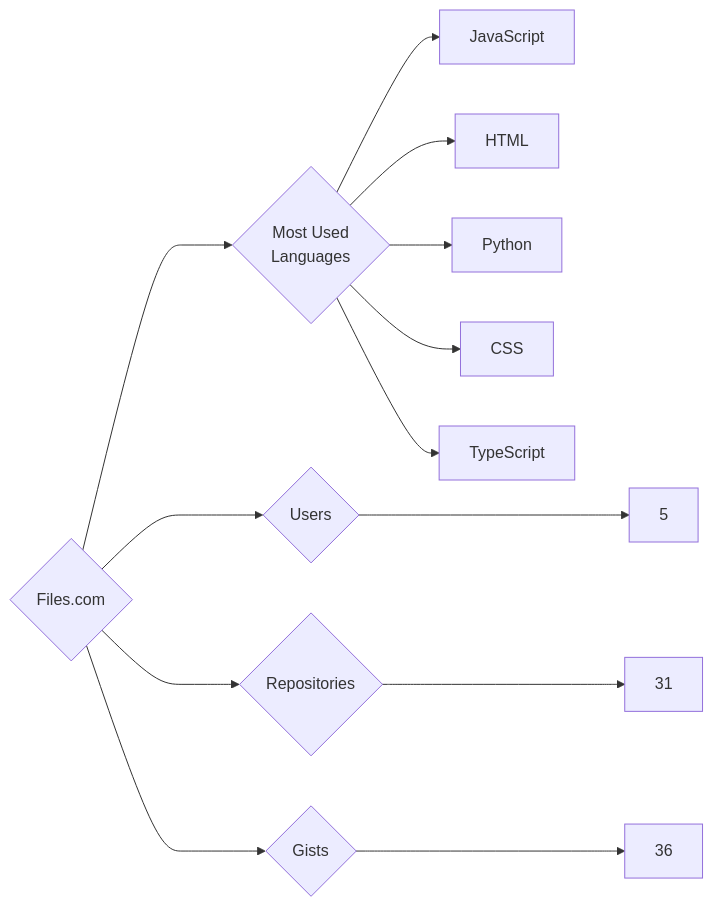
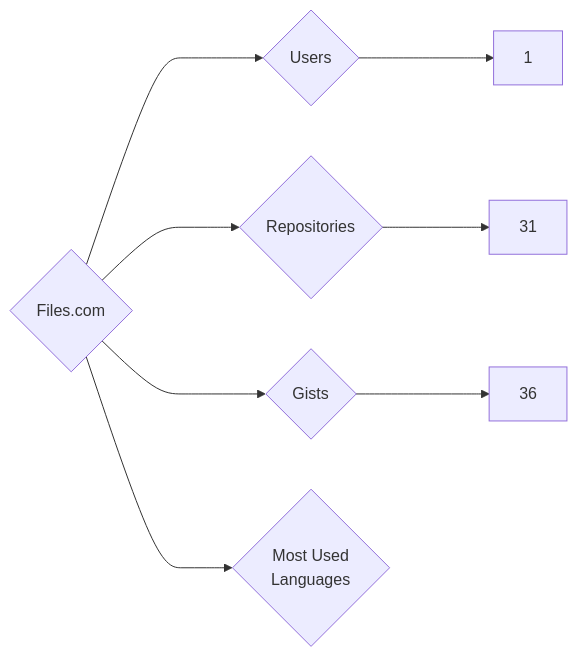
The diagram in targets/Files.com/README.md (trickest/insiders), drawn with Mermaid before and after one commit. The commit also changed 944 other files, not shown here.

````diff
--- a/targets/Files.com/README.md
+++ b/targets/Files.com/README.md
@@ -3,13 +3,8 @@
 ```mermaid
 graph LR
 COMPANY_NAME{Files.com}
-COMPANY_NAME ---> U{Users} ---> UN[5]
+COMPANY_NAME ---> U{Users} ---> UN[1]
 COMPANY_NAME ---> R{Repositories} ---> RN[31]
 COMPANY_NAME ---> G{Gists} ---> GN[36]
 COMPANY_NAME ---> ML{Most Used<br>Languages}
-ML --> JavaScript[JavaScript]
-ML --> HTML[HTML]
-ML --> Python[Python]
-ML --> CSS[CSS]
-ML --> TypeScript[TypeScript]
 ```
````
